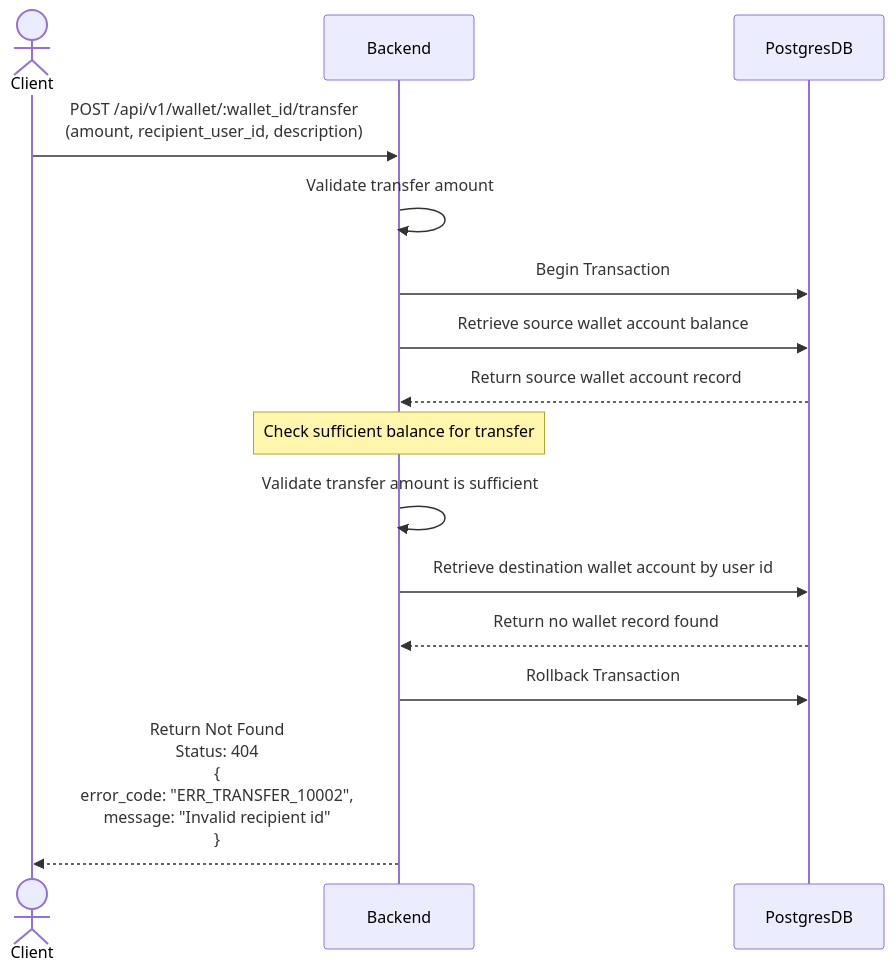
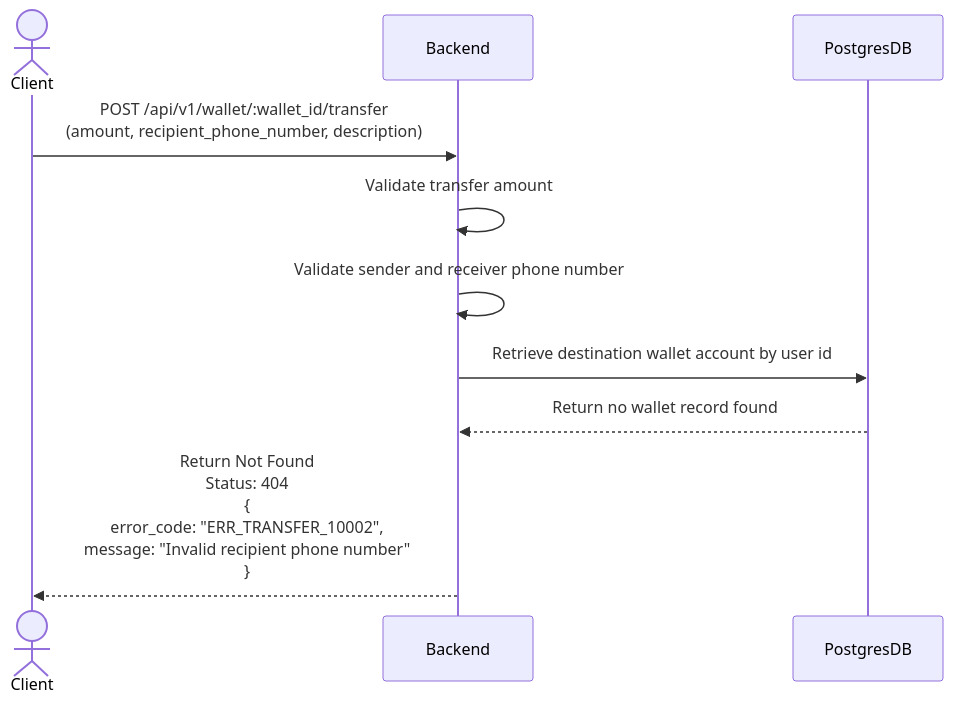
Before and after one commit to leeliwei930/walletassignment: the third of 4 diagrams in docs/scenarios/transfer_money_within_user.md, drawn with Mermaid. The commit also changed other lines of this file and 6 other files, not shown here.

Commit message:
Update authentication method in README and scenarios to use X-PHONE-NUMBER header; add OpenAPI documentation for wallet API endpoints and scenarios for deposit, withdrawal, and transfer operations.

````diff
--- a/docs/scenarios/transfer_money_within_user.md
+++ b/docs/scenarios/transfer_money_within_user.md
@@ -47,18 +48,13 @@
 ```mermaid
 sequenceDiagram
     actor Client
     participant Backend
     participant PostgresDB
 
-    Client->>Backend: POST /api/v1/wallet/:wallet_id/transfer<br/>(amount, recipient_user_id, description)
+    Client->>Backend: POST /api/v1/wallet/:wallet_id/transfer<br/>(amount, recipient_phone_number, description)
     Backend->>Backend: Validate transfer amount
-    Backend->>PostgresDB: Begin Transaction
-    Backend->>PostgresDB: Retrieve source wallet account balance
-    PostgresDB-->>Backend: Return source wallet account record
-    Note over Backend: Check sufficient balance for transfer
-    Backend->>Backend: Validate transfer amount is sufficient
+    Backend->>Backend: Validate sender and receiver phone number
     Backend->>PostgresDB: Retrieve destination wallet account by user id
     PostgresDB-->>Backend: Return no wallet record found
-    Backend->>PostgresDB: Rollback Transaction
-    Backend-->>Client: Return Not Found<br/>Status: 404<br/>{<br/>error_code: "ERR_TRANSFER_10002",<br/>message: "Invalid recipient id"<br/>}
+    Backend-->>Client: Return Not Found<br/>Status: 404<br/>{<br/>error_code: "ERR_TRANSFER_10002",<br/>message: "Invalid recipient phone number"<br/>}
 ```
````
